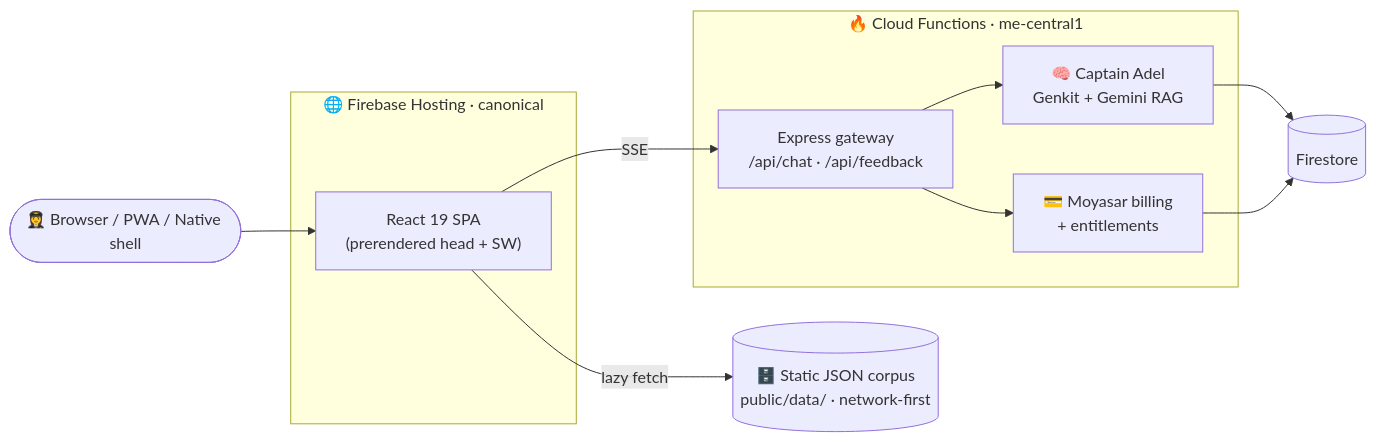
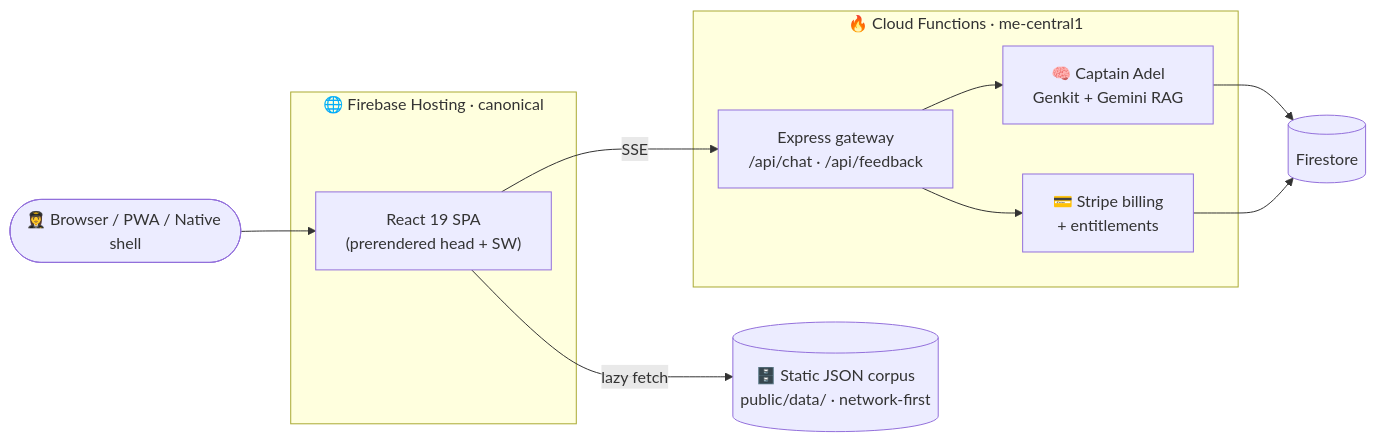
One commit to FlyGACA/FlyGACA-app changed the second of 2 diagrams in README.md. Above: the diagram before and after it, drawn with Mermaid. The commit also changed other lines of this file and 2306 other files, not shown here.

````diff
--- a/README.md
+++ b/README.md
@@ -277,25 +260,25 @@
 ```mermaid
 flowchart LR
     U([👩‍✈️ Browser / PWA / Native shell])
 
     subgraph EDGE["🌐 Firebase Hosting · canonical"]
       SPA["React 19 SPA<br/>(prerendered head + SW)"]
     end
 
     subgraph API["🔥 Cloud Functions · me-central1"]
       GW["Express gateway<br/>/api/chat · /api/feedback"]
       RAG["🧠 Captain Adel<br/>Genkit + Gemini RAG"]
-      BILL["💳 Moyasar billing<br/>+ entitlements"]
+      BILL["💳 Stripe billing<br/>+ entitlements"]
     end
 
     DATA[("🗄️ Static JSON corpus<br/>public/data/ · network-first")]
     FS[("Firestore")]
 
     U --> SPA
     SPA -->|"lazy fetch"| DATA
     SPA -->|"SSE"| GW
     GW --> RAG
     GW --> BILL
     RAG --> FS
     BILL --> FS
 ```
````
